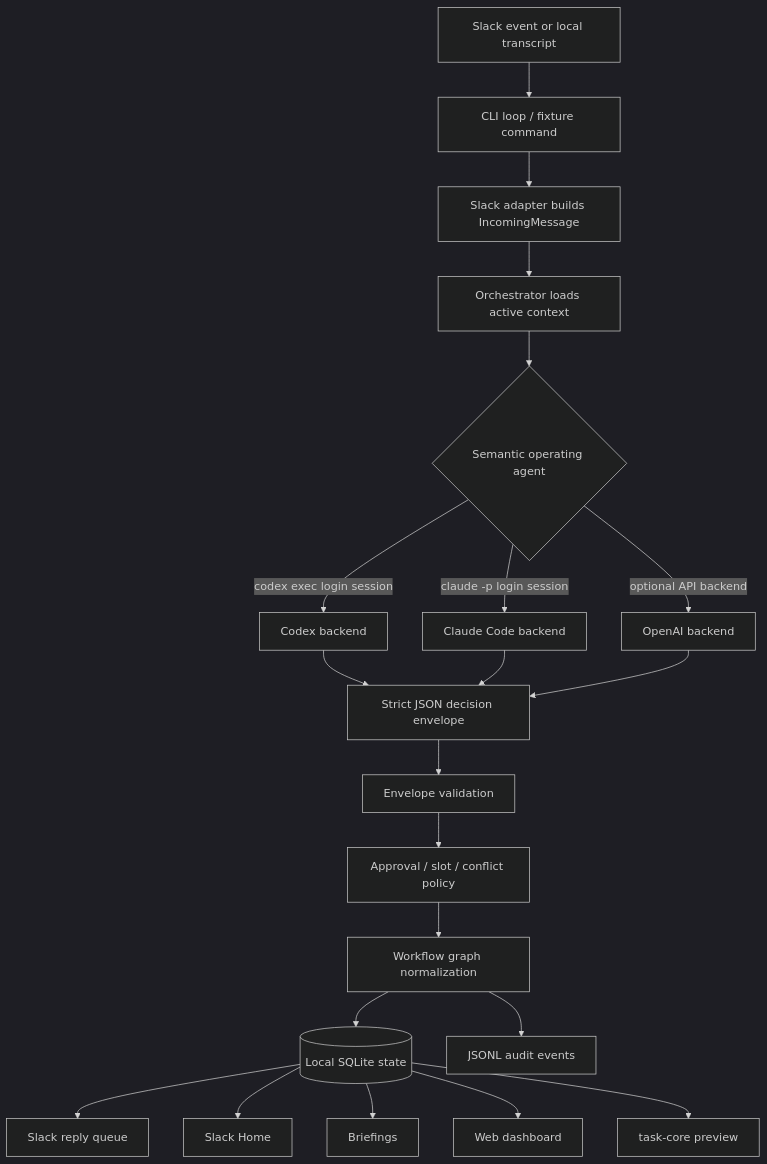
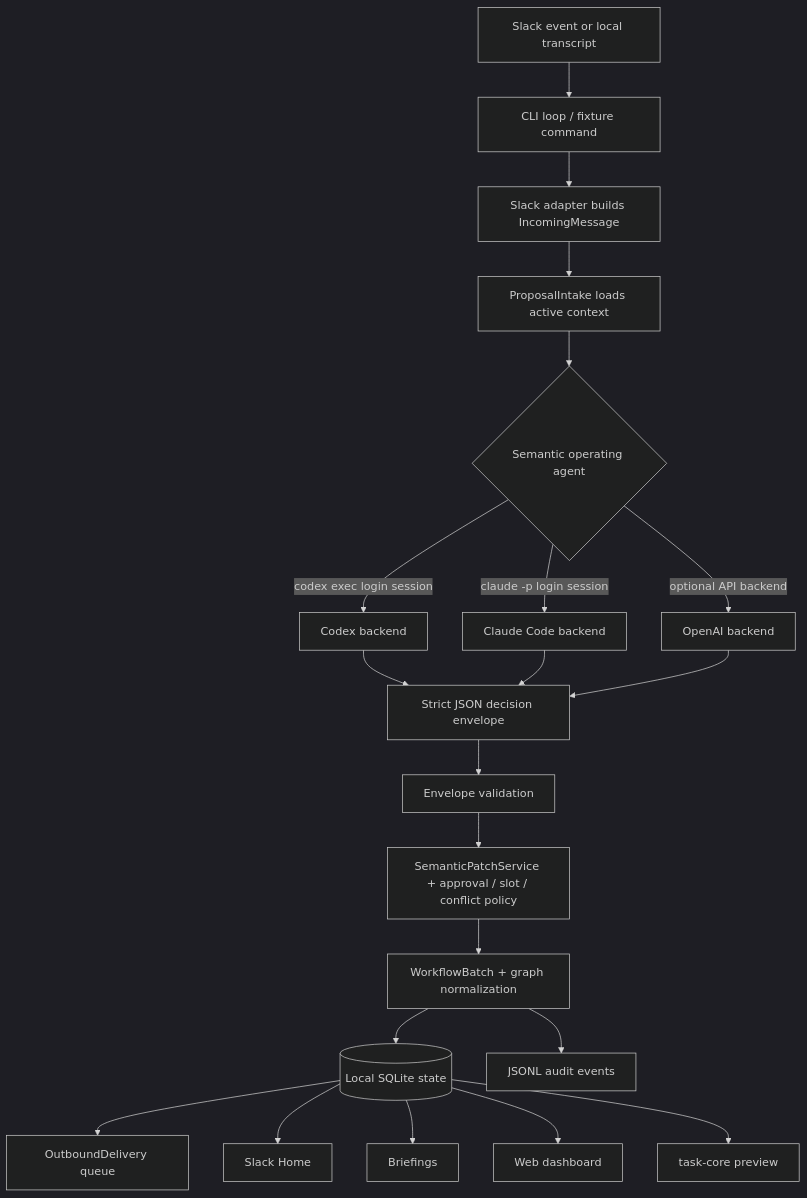
Before and after one commit to KOBIC-KBDS/task-management-clean-public: the first of 8 diagrams in docs/agent-flow.md, drawn with Mermaid (dark theme). The commit also changed other lines of this file and 71 other files, not shown here.

````diff
--- a/docs/agent-flow.md
+++ b/docs/agent-flow.md
@@ -52,23 +56,23 @@
 ```mermaid
 flowchart TD
   A[Slack event or local transcript] --> B[CLI loop / fixture command]
   B --> C[Slack adapter builds IncomingMessage]
-  C --> D[Orchestrator loads active context]
+  C --> D[ProposalIntake loads active context]
   D --> E{Semantic operating agent}
   E -->|codex exec login session| F[Codex backend]
   E -->|claude -p login session| G[Claude Code backend]
   E -->|optional API backend| H[OpenAI backend]
   F --> I[Strict JSON decision envelope]
   G --> I
   H --> I
   I --> J[Envelope validation]
-  J --> K[Approval / slot / conflict policy]
-  K --> L[Workflow graph normalization]
+  J --> K[SemanticPatchService + approval / slot / conflict policy]
+  K --> L[WorkflowBatch + graph normalization]
   L --> M[(Local SQLite state)]
   L --> N[JSONL audit events]
-  M --> O[Slack reply queue]
+  M --> O[OutboundDelivery queue]
   M --> P[Slack Home]
   M --> Q[Briefings]
   M --> R[Web dashboard]
   M --> S[task-core preview]
 ```
````
